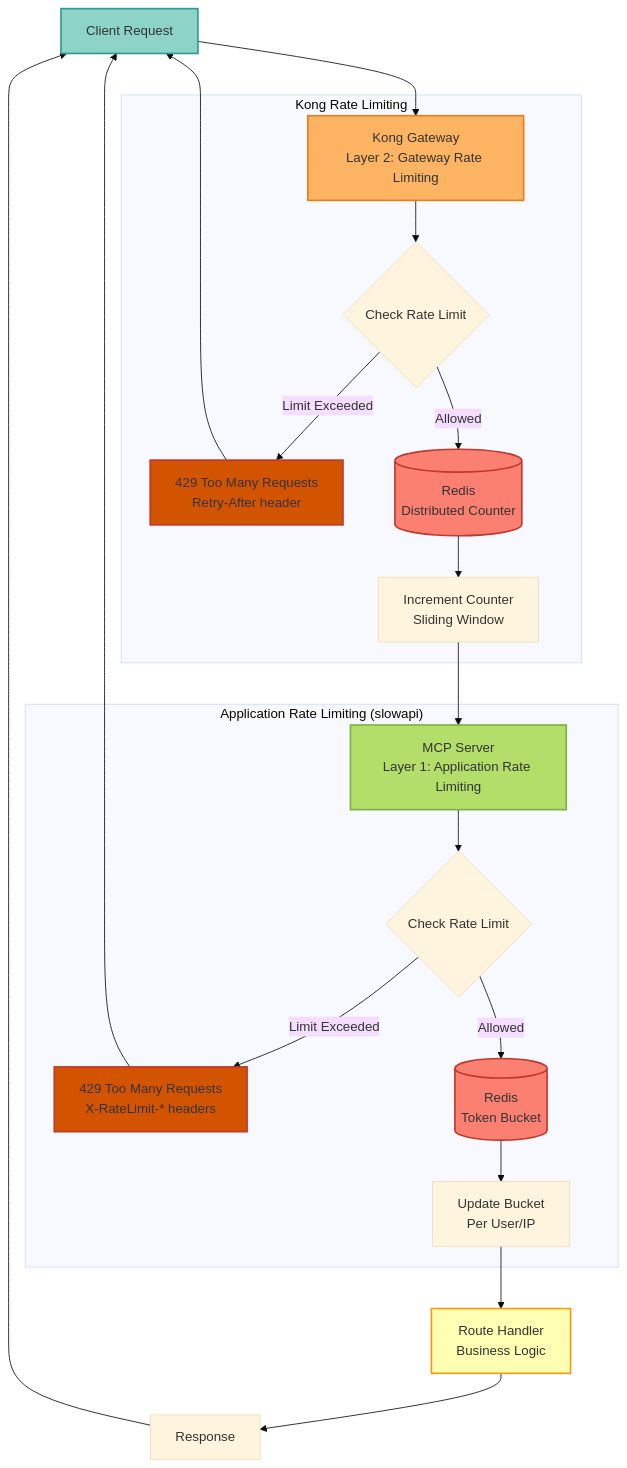
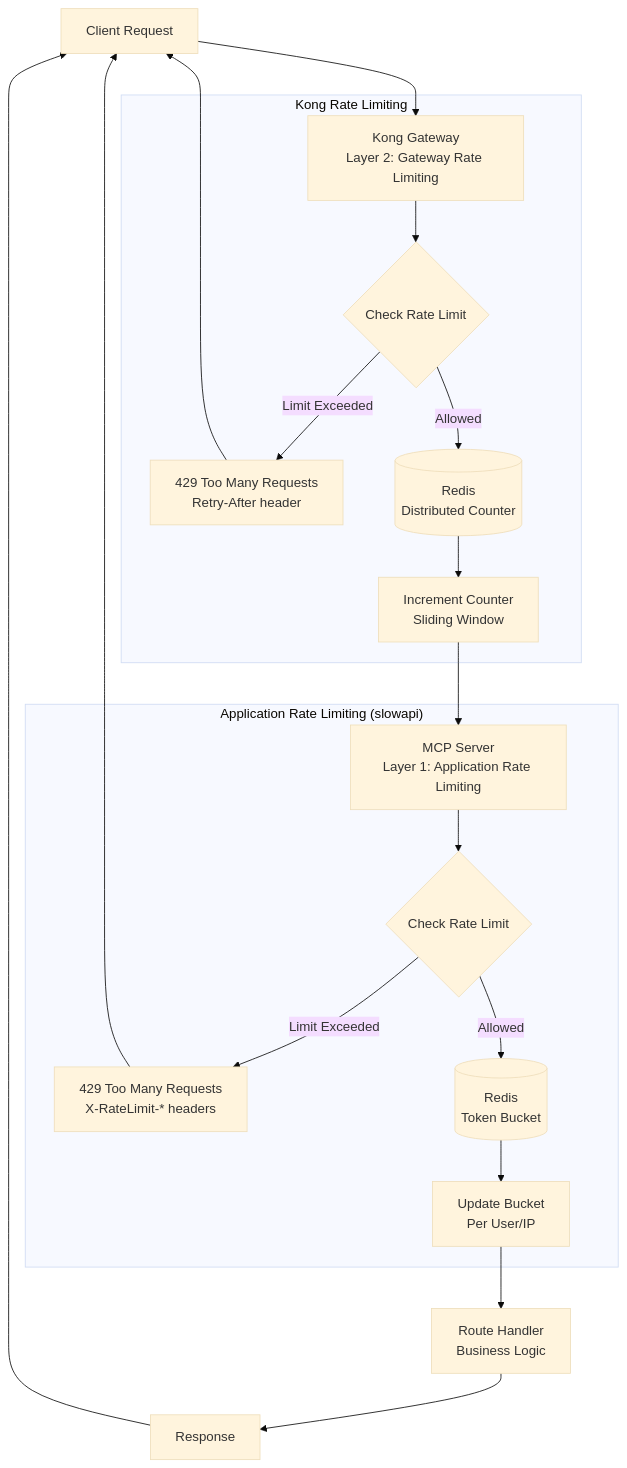
One commit to vishnu2kmohan/mcp-server-langgraph changed the first of 2 diagrams in docs/architecture/adr-0027-rate-limiting-strategy.mdx. Above: the diagram before and after it, drawn with Mermaid (base theme). The commit also changed 11 other files, not shown here.

First line of the commit message:
docs: modernize Mermaid diagrams to follow 2025 best practices

````diff
--- a/docs/architecture/adr-0027-rate-limiting-strategy.mdx
+++ b/docs/architecture/adr-0027-rate-limiting-strategy.mdx
@@ -43,36 +43,28 @@
 ```mermaid
 flowchart TB
     Client[Client Request] --> Kong[Kong Gateway<br/>Layer 2: Gateway Rate Limiting]
 
     subgraph "Kong Rate Limiting"
         Kong --> KongCheck{Check Rate Limit}
         KongCheck -->|Limit Exceeded| Kong429[429 Too Many Requests<br/>Retry-After header]
         KongCheck -->|Allowed| KongRedis[(Redis<br/>Distributed Counter)]
         KongRedis --> UpdateKong[Increment Counter<br/>Sliding Window]
     end
 
     UpdateKong --> App[MCP Server<br/>Layer 1: Application Rate Limiting]
 
     subgraph "Application Rate Limiting (slowapi)"
         App --> AppCheck{Check Rate Limit}
         AppCheck -->|Limit Exceeded| App429[429 Too Many Requests<br/>X-RateLimit-* headers]
         AppCheck -->|Allowed| AppRedis[(Redis<br/>Token Bucket)]
         AppRedis --> UpdateApp[Update Bucket<br/>Per User/IP]
     end
 
     UpdateApp --> Handler[Route Handler<br/>Business Logic]
     Handler --> Response[Response]
 
     Kong429 --> Client
     App429 --> Client
     Response --> Client
 
-    style Client fill:#8dd3c7,stroke:#2a9d8f,stroke-width:2px
-    style Kong fill:#fdb462,stroke:#e67e22,stroke-width:2px
-    style App fill:#b3de69,stroke:#7cb342,stroke-width:2px
-    style KongRedis fill:#fb8072,stroke:#c0392b,stroke-width:2px
-    style AppRedis fill:#fb8072,stroke:#c0392b,stroke-width:2px
-    style Kong429 fill:#d35400,stroke:#c0392b,stroke-width:2px
-    style App429 fill:#d35400,stroke:#c0392b,stroke-width:2px
-    style Handler fill:#ffffb3,stroke:#f39c12,stroke-width:2px
 ```
````
